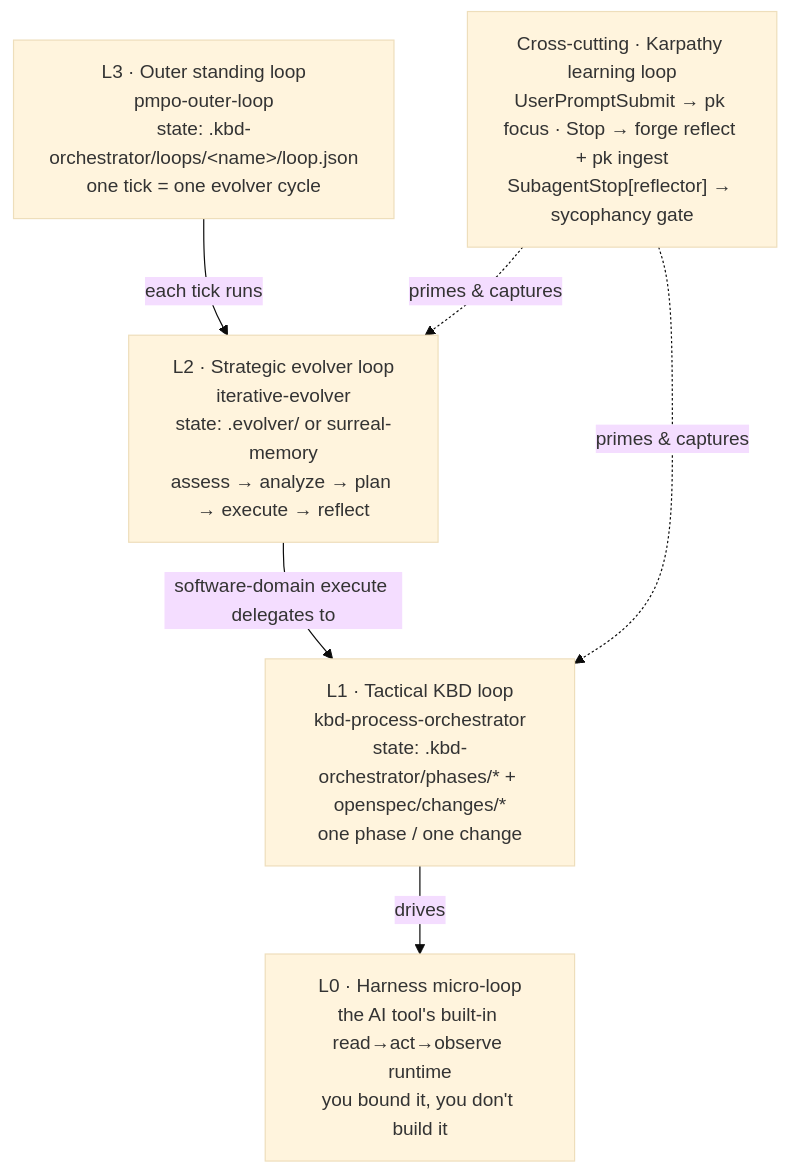
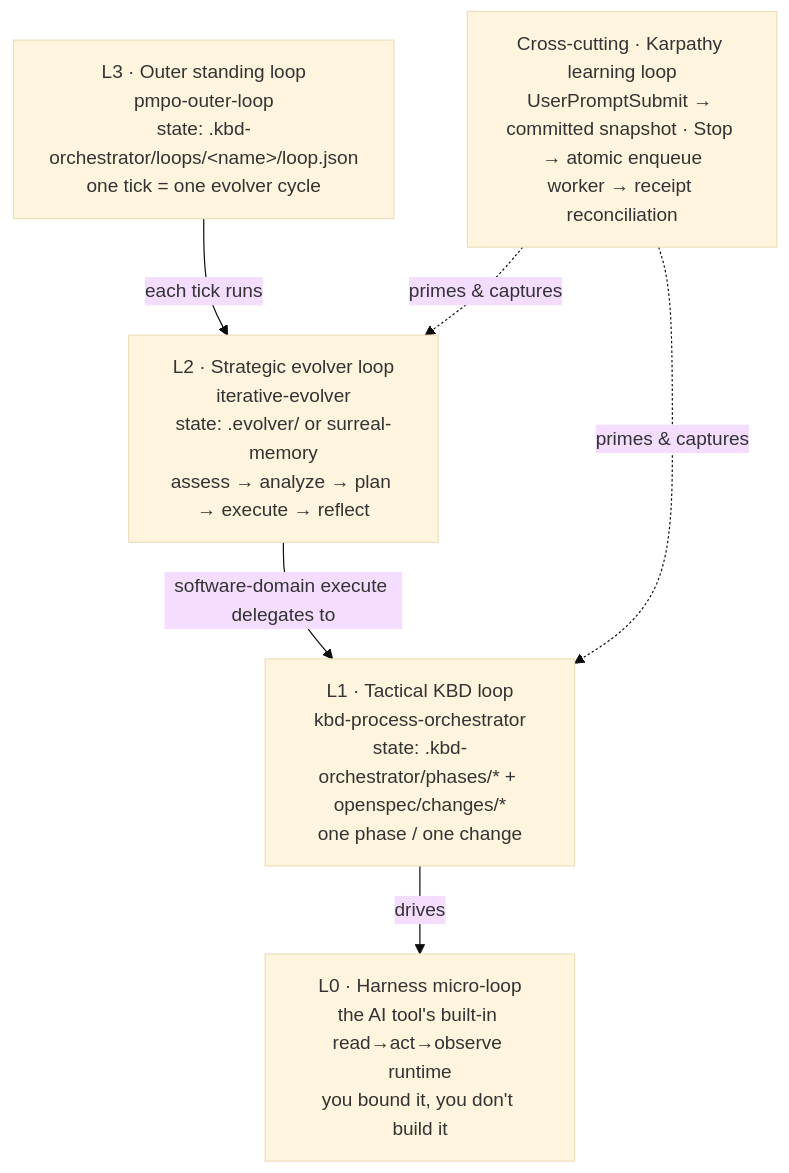
The first of 3 diagrams in docs/guide/03-loop-architecture.md (Prometheus-AGS/prometheus-skill-system), drawn with Mermaid (base theme) before and after one commit. The commit also changed other lines of this file and 100 other files, not shown here.

````diff
--- a/docs/guide/03-loop-architecture.md
+++ b/docs/guide/03-loop-architecture.md
@@ -11,14 +11,14 @@
 ```mermaid
 graph TD
     L3["L3 · Outer standing loop<br/>pmpo-outer-loop<br/>state: .kbd-orchestrator/loops/&lt;name&gt;/loop.json<br/>one tick = one evolver cycle"]
     L2["L2 · Strategic evolver loop<br/>iterative-evolver<br/>state: .evolver/ or surreal-memory<br/>assess → analyze → plan → execute → reflect"]
     L1["L1 · Tactical KBD loop<br/>kbd-process-orchestrator<br/>state: .kbd-orchestrator/phases/* + openspec/changes/*<br/>one phase / one change"]
     L0["L0 · Harness micro-loop<br/>the AI tool's built-in read→act→observe runtime<br/>you bound it, you don't build it"]
-    KARP["Cross-cutting · Karpathy learning loop<br/>UserPromptSubmit → pk focus · Stop → forge reflect + pk ingest<br/>SubagentStop[reflector] → sycophancy gate"]
+    KARP["Cross-cutting · Karpathy learning loop<br/>UserPromptSubmit → committed snapshot · Stop → atomic enqueue<br/>worker → receipt reconciliation"]
 
     L3 -->|each tick runs| L2
     L2 -->|software-domain execute delegates to| L1
     L1 -->|drives| L0
     KARP -.primes & captures.-> L1
     KARP -.primes & captures.-> L2
 ```
````
